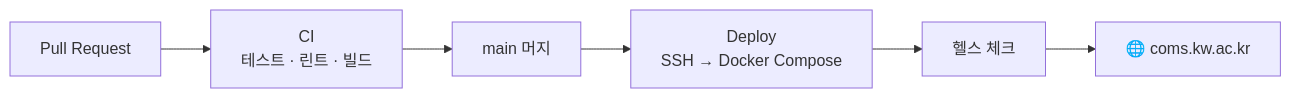
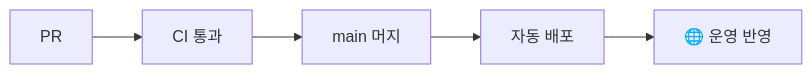
The second of 2 diagrams in README.md (kw-coms/coms-website), drawn with Mermaid before and after one commit. The commit also changed other lines of this file, not shown here.

Commit message:
docs: README 구조도를 세로형으로 바꾸고 호스트 Nginx 위치를 바로잡는다

````diff
--- a/README.md
+++ b/README.md
@@ -168,8 +167,4 @@
 ```mermaid
 flowchart LR
-    PR["Pull Request"] --> CI["CI<br/>테스트 · 린트 · 빌드"]
-    CI --> MAIN["main 머지"]
-    MAIN --> DEPLOY["Deploy<br/>SSH → Docker Compose"]
-    DEPLOY --> HEALTH["헬스 체크"]
-    HEALTH --> LIVE["🌐 coms.kw.ac.kr"]
+    PR["PR"] --> CI["CI 통과"] --> MAIN["main 머지"] --> DEPLOY["자동 배포"] --> LIVE["🌐 운영 반영"]
 ```
````
